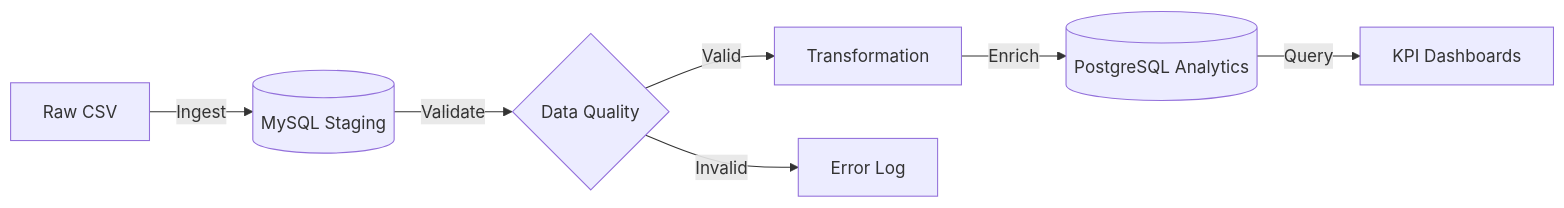
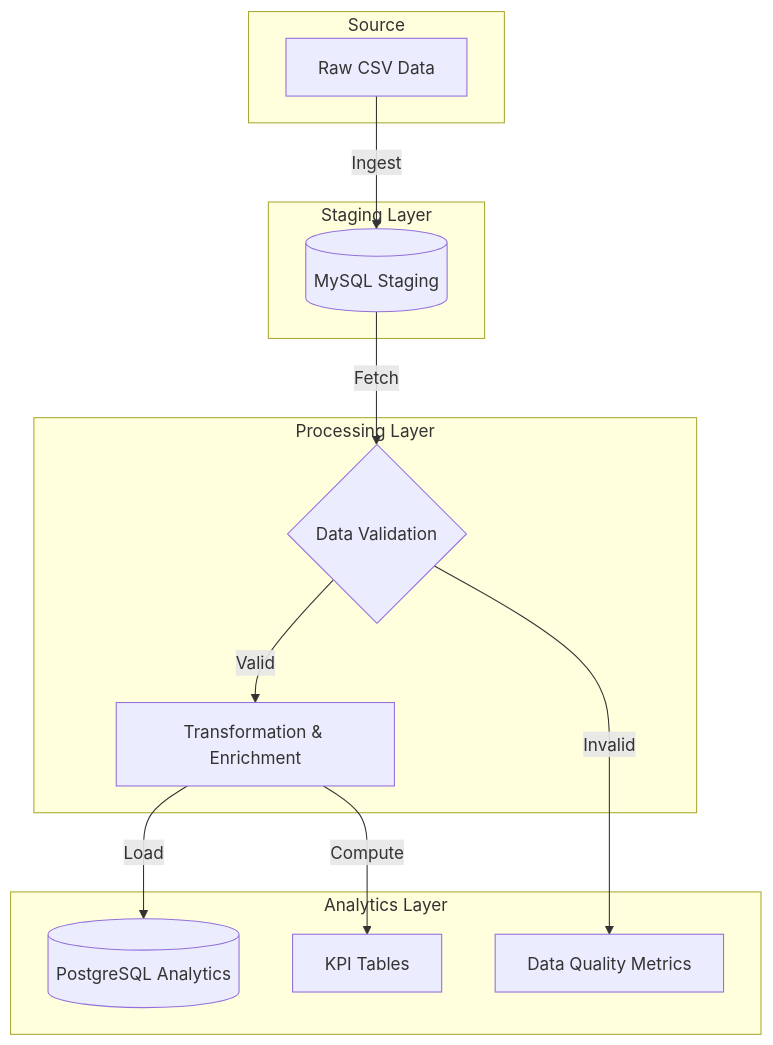
Before and after one commit to DE-E-K/DEM06_AIRFLOW: the diagram in README.md, drawn with Mermaid. The commit also changed other lines of this file and 3 other files, not shown here.

````diff
--- a/README.md
+++ b/README.md
@@ -24,9 +25,28 @@
 ```mermaid
-graph LR
-    A[Raw CSV] -->|Ingest| B[(MySQL Staging)]
-    B -->|Validate| C{Data Quality}
-    C -->|Valid| D[Transformation]
-    C -->|Invalid| E[Error Log]
-    D -->|Enrich| F[(PostgreSQL Analytics)]
-    F -->|Query| G[KPI Dashboards]
+graph TD
+    subgraph Source
+    A[Raw CSV Data]
+    end
+
+    subgraph Staging Layer
+    B[(MySQL Staging)]
+    end
+
+    subgraph Processing Layer
+    C{Data Validation}
+    D[Transformation & Enrichment]
+    end
+
+    subgraph Analytics Layer
+    E[(PostgreSQL Analytics)]
+    F[KPI Tables]
+    G[Data Quality Metrics]
+    end
+
+    A -->|Ingest| B
+    B -->|Fetch| C
+    C -->|Valid| D
+    C -->|Invalid| G
+    D -->|Load| E
+    D -->|Compute| F
 ```
````
